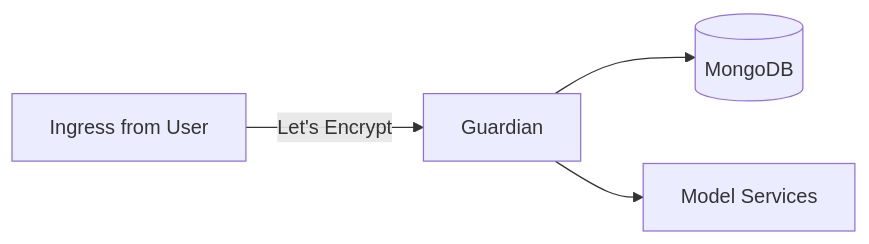
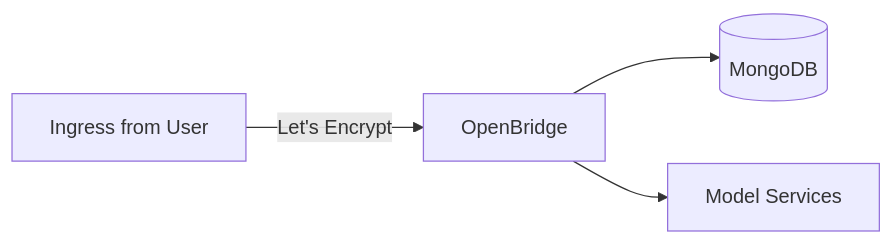
One commit to acceleratedscience/bridge changed the first of 3 diagrams in doc/runbook.md. Above: the diagram before and after it, drawn with Mermaid. The commit also changed other lines of this file and 53 other files, not shown here.

````diff
--- a/doc/runbook.md
+++ b/doc/runbook.md
@@ -14,11 +14,11 @@
 ```mermaid
 flowchart LR
 	ingress["Ingress from User"]
-	guardian["Guardian"]
+	bridge["OpenBridge"]
 	model["Model Services"]
 	mongodb[("MongoDB")]
 
-	ingress -- Let's Encrypt --> guardian
-	guardian --> mongodb
-	guardian --> model
+	ingress -- Let's Encrypt --> bridge
+	bridge --> mongodb
+	bridge --> model
 ```
````
